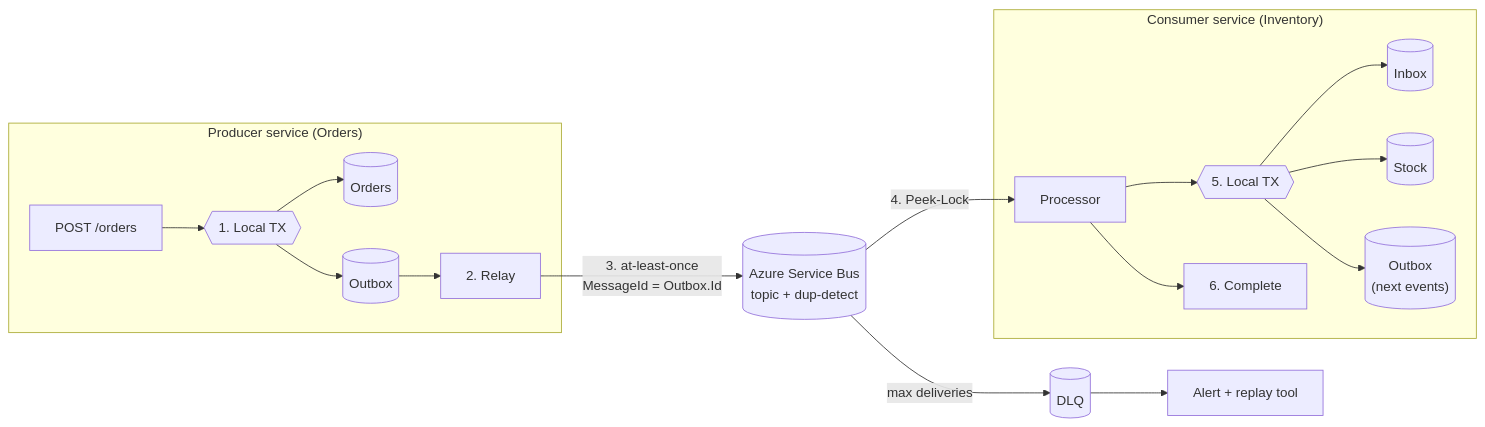
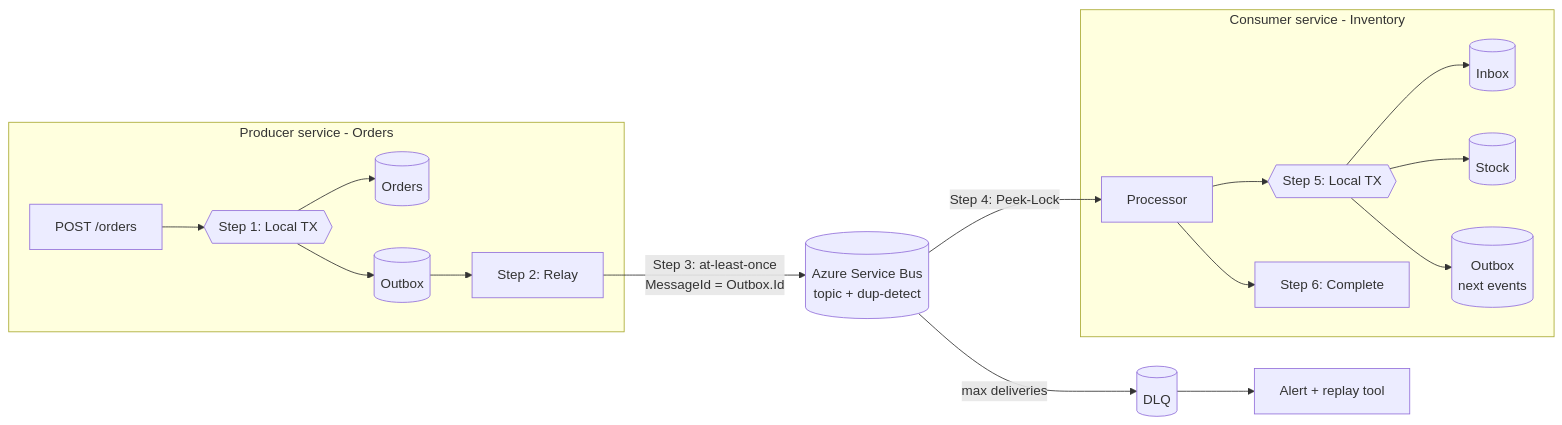
The eighth of 10 diagrams in 15-inbox-outbox-and-reliable-messaging/inbox-outbox-and-reliable-messaging.md (copaliwal/software-architecture-learning), drawn with Mermaid before and after one commit.

Commit message:
Refactor flowchart steps in Inbox/Outbox messaging guide for clarity and consistency

````diff
--- a/15-inbox-outbox-and-reliable-messaging/inbox-outbox-and-reliable-messaging.md
+++ b/15-inbox-outbox-and-reliable-messaging/inbox-outbox-and-reliable-messaging.md
@@ -1236,20 +1236,22 @@
 ```mermaid
 flowchart LR
-    subgraph Producer["Producer service (Orders)"]
-      A["POST /orders"] --> TX{{"1. Local TX"}}
+    subgraph PRODUCER["Producer service - Orders"]
+      A["POST /orders"] --> TX{{"Step 1: Local TX"}}
       TX --> BT[("Orders")]
       TX --> OB[("Outbox")]
-      OB --> RL["2. Relay"]
+      OB --> RL["Step 2: Relay"]
     end
-    RL -->|"3. at-least-once<br/>MessageId = Outbox.Id"| SB[("Azure Service Bus<br/>topic + dup-detect")]
-    SB -->|"4. Peek-Lock"| CN
-    subgraph Consumer["Consumer service (Inventory)"]
-      CN["Processor"] --> TX2{{"5. Local TX"}}
-      TX2 --> IN[("Inbox")]
+    subgraph CONSUMER["Consumer service - Inventory"]
+      CN["Processor"] --> TX2{{"Step 5: Local TX"}}
+      TX2 --> INB[("Inbox")]
       TX2 --> BT2[("Stock")]
-      TX2 --> OB2[("Outbox<br/>(next events)")]
-      CN --> CM["6. Complete"]
+      TX2 --> OB2[("Outbox<br/>next events")]
+      CN --> CM["Step 6: Complete"]
     end
-    SB -->|"max deliveries"| DLQ[("DLQ")]
+    SB[("Azure Service Bus<br/>topic + dup-detect")]
+    DLQ[("DLQ")]
+    RL -->|"Step 3: at-least-once<br/>MessageId = Outbox.Id"| SB
+    SB -->|"Step 4: Peek-Lock"| CN
+    SB -->|"max deliveries"| DLQ
     DLQ --> OPS["Alert + replay tool"]
 ```
````
